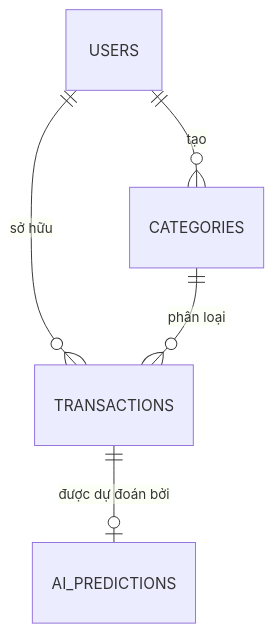
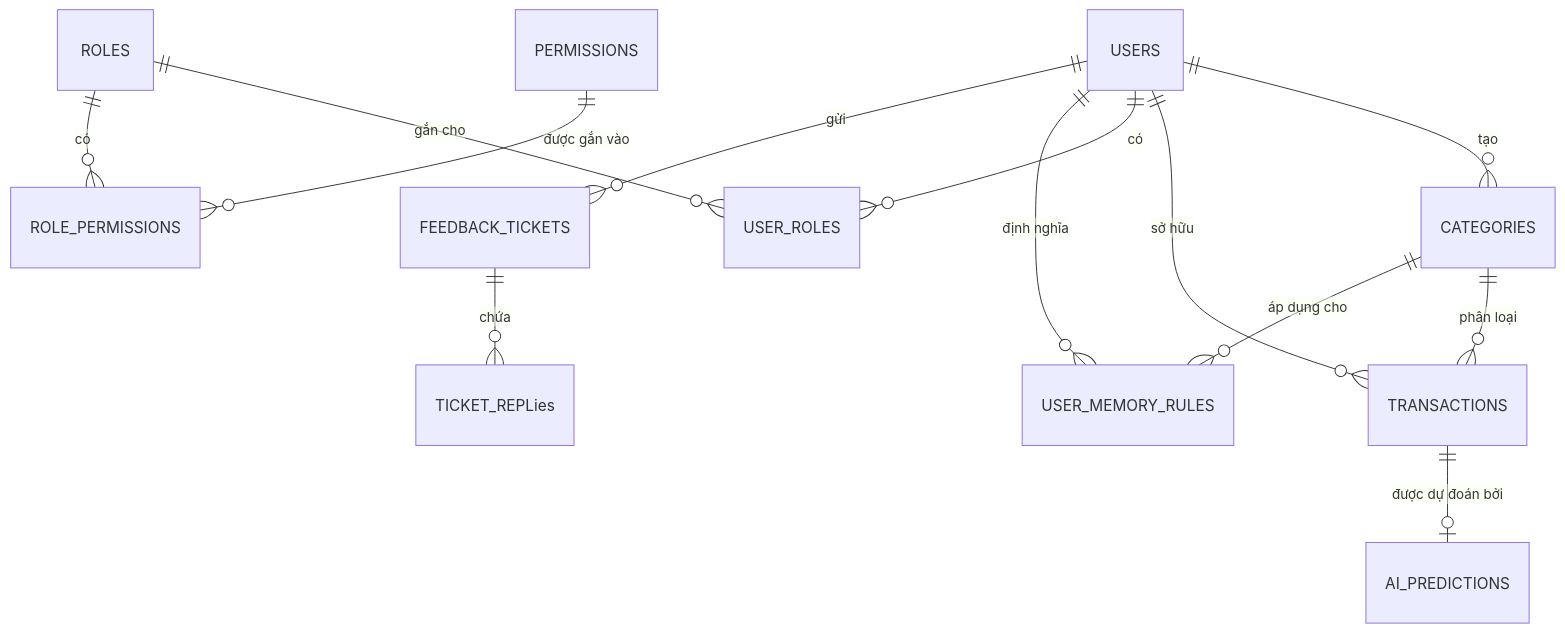
One commit to proyctk03-eng/ExpenseAI changed the diagram in docs/Standard_SDLC/06_database_design.md. Above: the diagram before and after it, drawn with Mermaid. The commit also changed other lines of this file and 181 other files, not shown here.

````diff
--- a/docs/Standard_SDLC/06_database_design.md
+++ b/docs/Standard_SDLC/06_database_design.md
@@ -48,7 +36,15 @@
 ```mermaid
 erDiagram
     USERS ||--o{ CATEGORIES : "tạo"
     USERS ||--o{ TRANSACTIONS : "sở hữu"
+    USERS ||--o{ USER_ROLES : "có"
+    ROLES ||--o{ USER_ROLES : "gắn cho"
+    ROLES ||--o{ ROLE_PERMISSIONS : "có"
+    PERMISSIONS ||--o{ ROLE_PERMISSIONS : "được gắn vào"
     CATEGORIES ||--o{ TRANSACTIONS : "phân loại"
     TRANSACTIONS ||--o| AI_PREDICTIONS : "được dự đoán bởi"
+    USERS ||--o{ USER_MEMORY_RULES : "định nghĩa"
+    CATEGORIES ||--o{ USER_MEMORY_RULES : "áp dụng cho"
+    USERS ||--o{ FEEDBACK_TICKETS : "gửi"
+    FEEDBACK_TICKETS ||--o{ TICKET_REPLies : "chứa"
 ```
````
